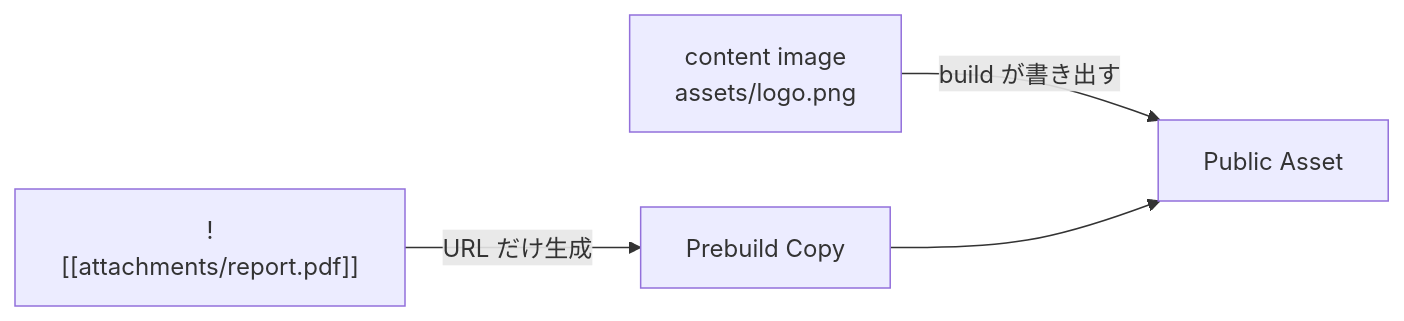
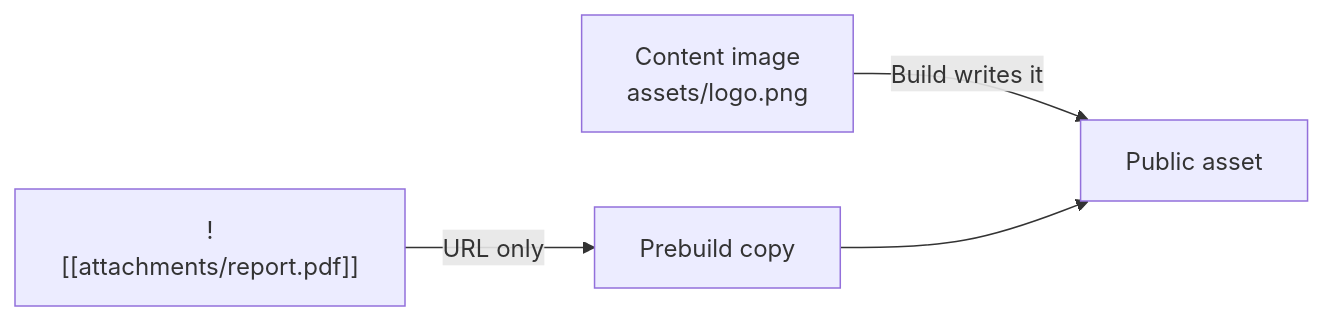
One commit to Rerurate514/riebeckite changed the ninth of 13 diagrams in docs/docs/guides/deployment/separate-content-repository.md. Above: the diagram before and after it, drawn with Mermaid. The commit also changed other lines of this file and 604 other files, not shown here.

````diff
--- a/docs/docs/guides/deployment/separate-content-repository.md
+++ b/docs/docs/guides/deployment/separate-content-repository.md
@@ -889,9 +414,9 @@
-```mermaid id="4nfh04"
+```mermaid
 flowchart LR
-    Image["content image<br/>assets/logo.png"]
+    Image["Content image<br/>assets/logo.png"]
     Attach["![[attachments/report.pdf]]"]
 
-    Image -->|"build が書き出す"| Public["Public Asset"]
-    Attach -->|"URL だけ生成"| Copy["Prebuild Copy"]
+    Image -->|"Build writes it"| Public["Public asset"]
+    Attach -->|"URL only"| Copy["Prebuild copy"]
     Copy --> Public
 ```
````
